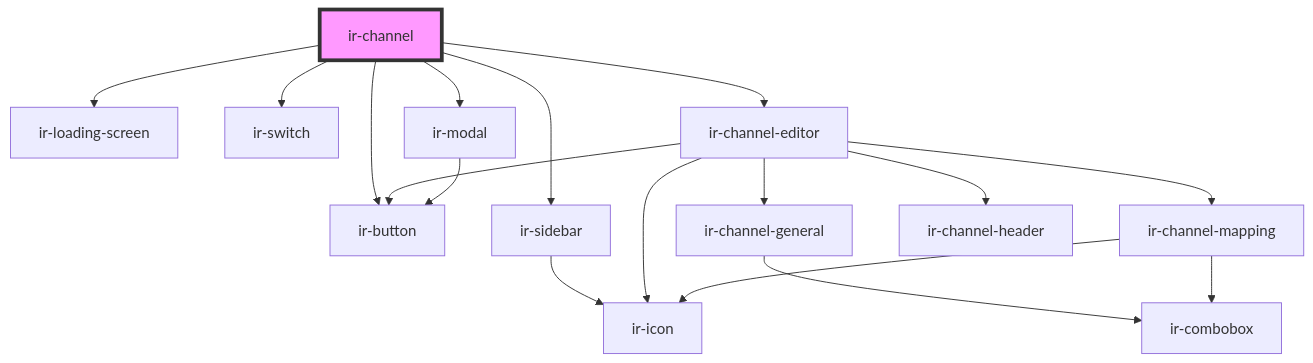
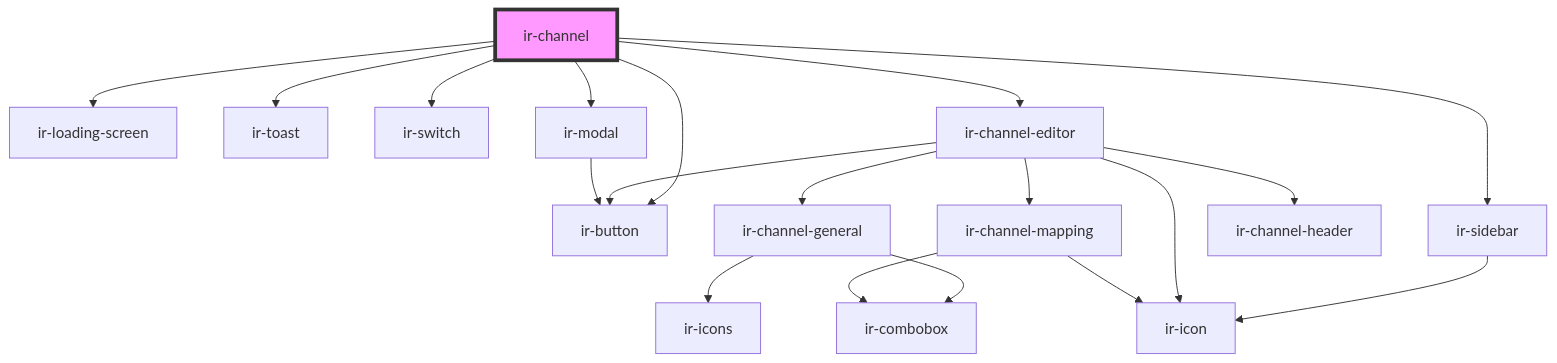
One commit to David1Chowaifaty/modified-ir-webcmp changed the diagram in src/components/ir-channel/readme.md. Above: the diagram before and after it, drawn with Mermaid. The commit also changed other lines of this file and 11 other files, not shown here.

````diff
--- a/src/components/ir-channel/readme.md
+++ b/src/components/ir-channel/readme.md
@@ -30,20 +31,22 @@
 ```mermaid
 graph TD;
   ir-channel --> ir-loading-screen
+  ir-channel --> ir-toast
   ir-channel --> ir-button
   ir-channel --> ir-switch
   ir-channel --> ir-sidebar
   ir-channel --> ir-channel-editor
   ir-channel --> ir-modal
   ir-sidebar --> ir-icon
   ir-channel-editor --> ir-channel-general
   ir-channel-editor --> ir-channel-mapping
   ir-channel-editor --> ir-icon
   ir-channel-editor --> ir-channel-header
   ir-channel-editor --> ir-button
   ir-channel-general --> ir-combobox
+  ir-channel-general --> ir-icons
   ir-channel-mapping --> ir-icon
   ir-channel-mapping --> ir-combobox
   ir-modal --> ir-button
   style ir-channel fill:#f9f,stroke:#333,stroke-width:4px
 ```
````
